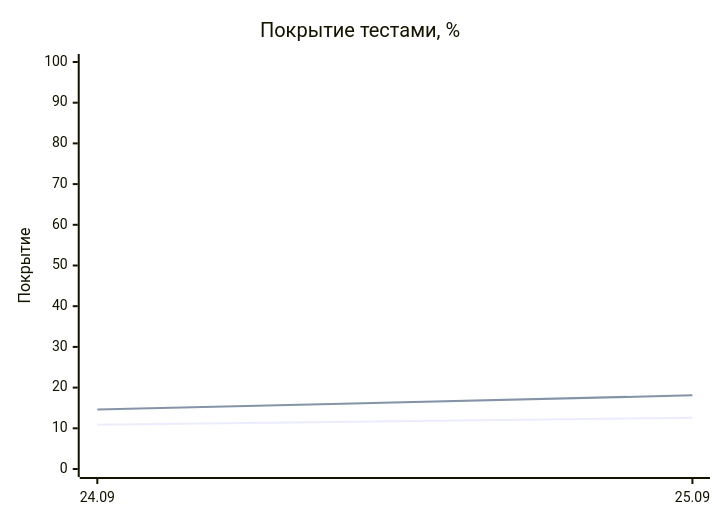
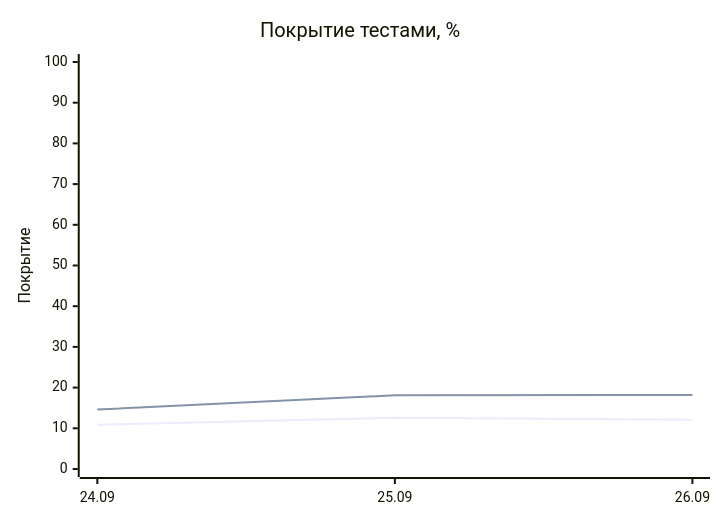
The diagram in README.md (EvgeniBondarev/coverage-report), drawn with Mermaid before and after one commit. The commit also changed other lines of this file and 2749 other files, not shown here.

````diff
--- a/README.md
+++ b/README.md
@@ -19,8 +19,8 @@
 ```mermaid
 xychart-beta
     title "Покрытие тестами, %"
-    x-axis ["24.09", "25.09"]
+    x-axis ["24.09", "25.09", "26.09"]
     y-axis "Покрытие" 0 --> 100
-    line [10.9, 12.6]
-    line [14.6, 18.1]
+    line [10.9, 12.6, 12.1]
+    line [14.6, 18.1, 18.2]
 ```
````
